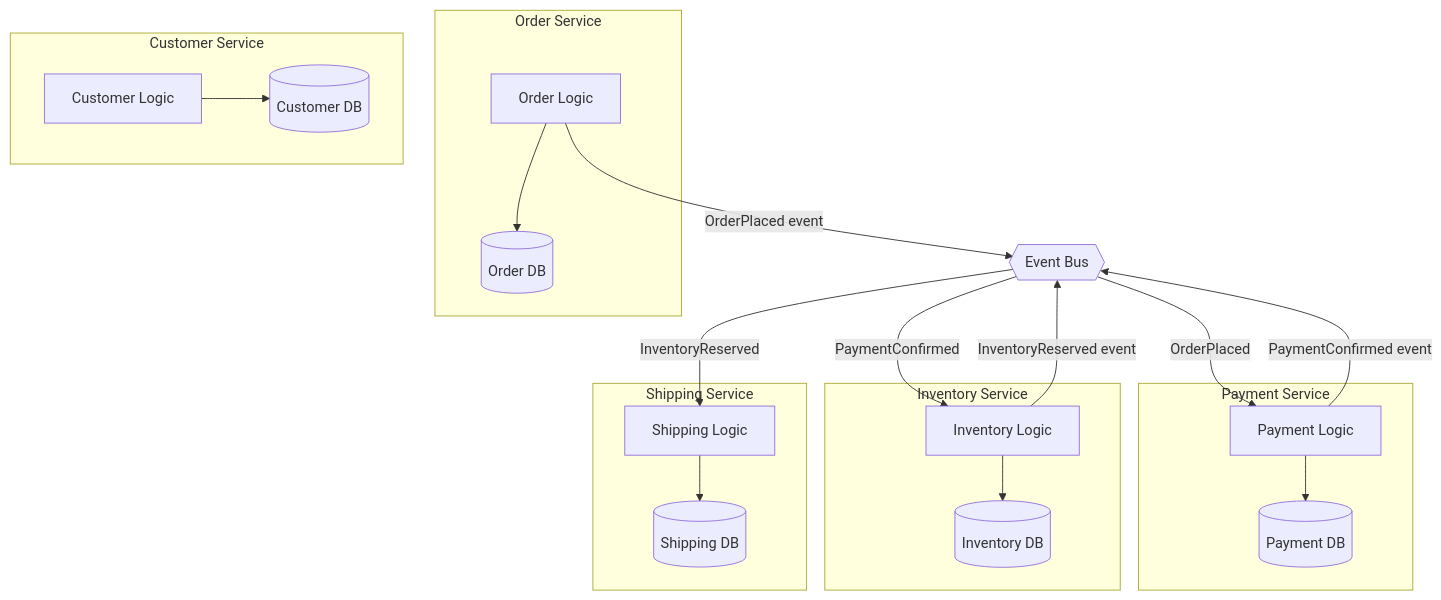
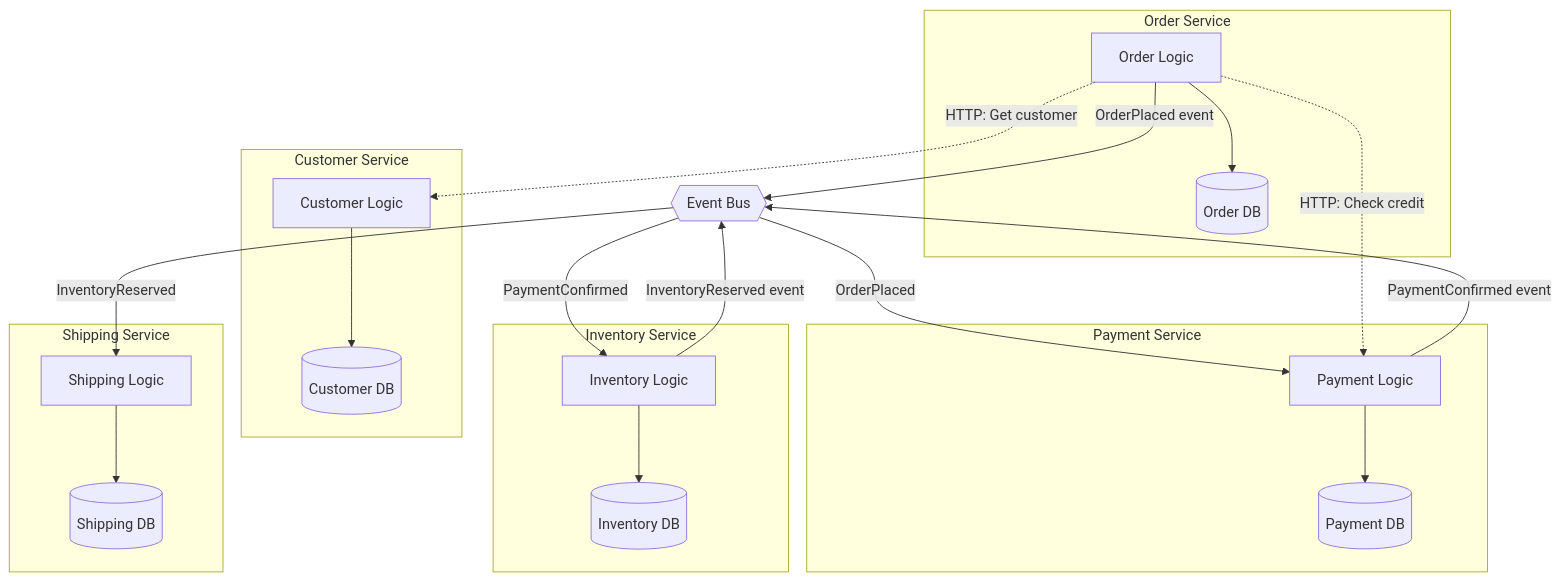
Before and after one commit to anaerobic/coupling: the second of 8 diagrams in coupling-in-practice.md, drawn with Mermaid. The commit also changed 1 other file, not shown here.

Commit message:
fixing diagram, attribution

````diff
--- a/coupling-in-practice.md
+++ b/coupling-in-practice.md
@@ -178,39 +178,41 @@
 ```mermaid
 flowchart TD
     subgraph Order ["Order Service"]
         OS[Order Logic]
         ODB[(Order DB)]
         OS --> ODB
     end
 
     subgraph Payment ["Payment Service"]
         PS[Payment Logic]
         PDB[(Payment DB)]
         PS --> PDB
     end
 
     subgraph Customer ["Customer Service"]
         CSvc[Customer Logic]
         CDB[(Customer DB)]
         CSvc --> CDB
     end
 
     subgraph Inventory ["Inventory Service"]
         ISvc[Inventory Logic]
         IDB[(Inventory DB)]
         ISvc --> IDB
     end
 
     subgraph Shipping ["Shipping Service"]
         SS[Shipping Logic]
         SDB[(Shipping DB)]
         SS --> SDB
     end
 
     OS -->|"OrderPlaced event"| EB{{Event Bus}}
     EB -->|"OrderPlaced"| PS
     EB -->|"PaymentConfirmed"| ISvc
     EB -->|"InventoryReserved"| SS
     PS -->|"PaymentConfirmed event"| EB
     ISvc -->|"InventoryReserved event"| EB
+    OS -.->|"HTTP: Check credit"| PS
+    OS -.->|"HTTP: Get customer"| CSvc
 ```
````
